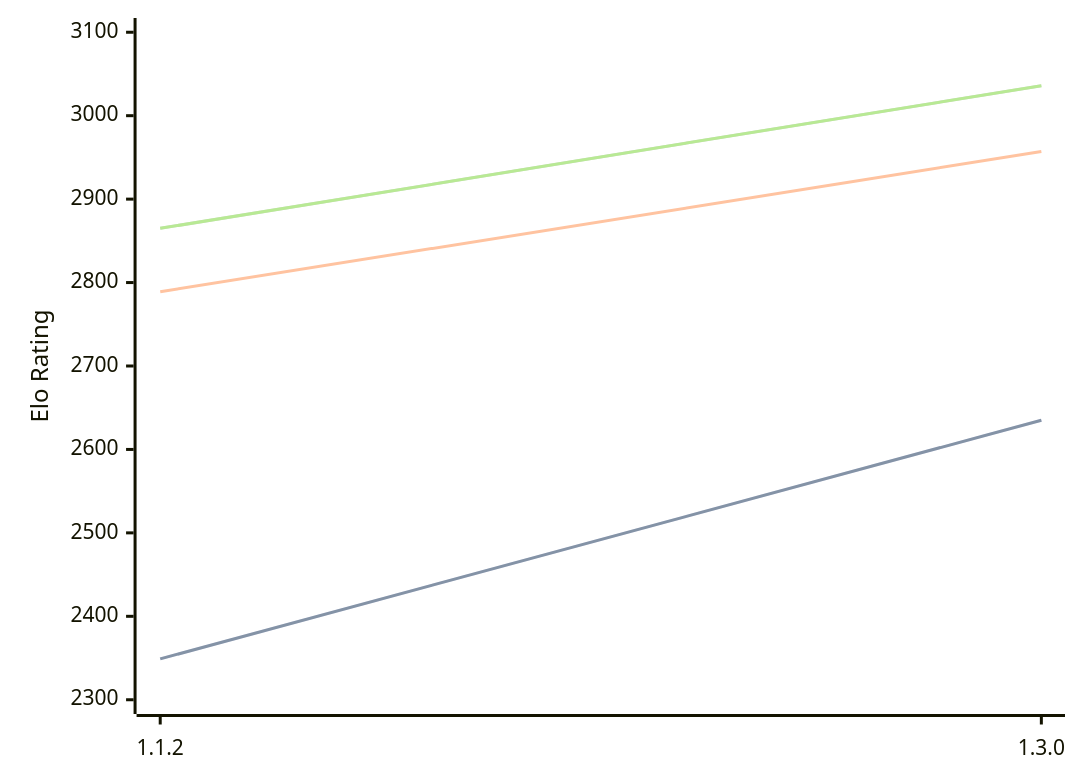
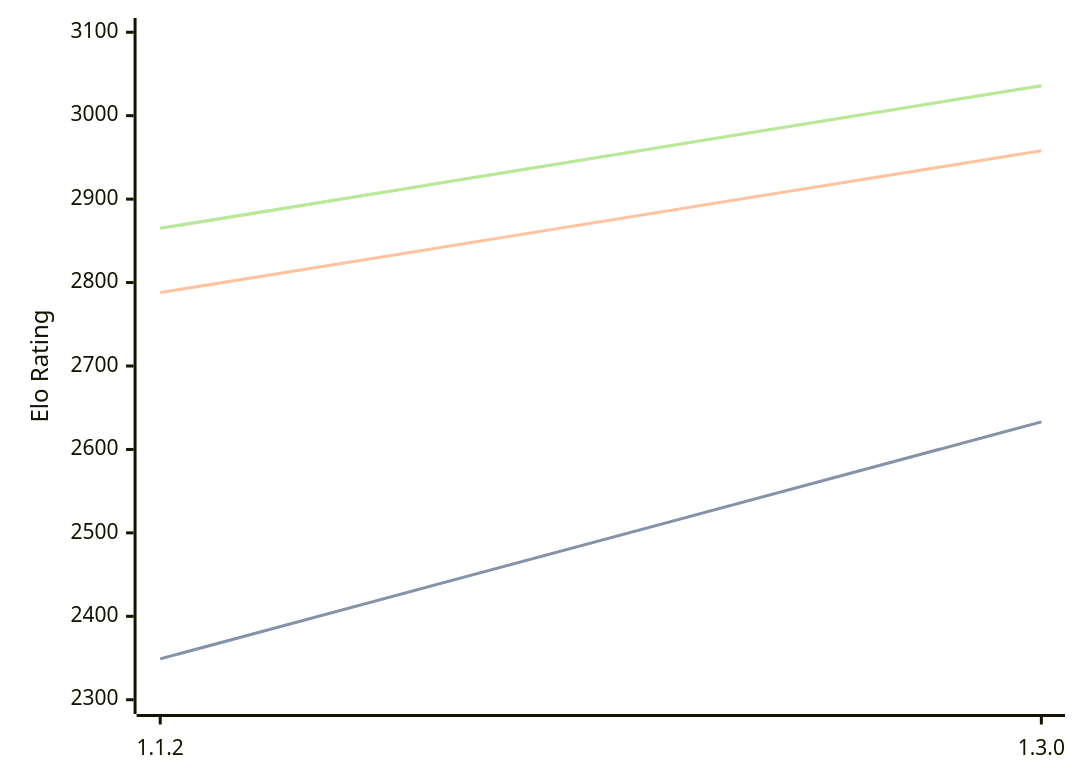
The diagram in engines/Ember.md (computer-chess-index/cci), drawn with Mermaid before and after one commit. The commit also changed other lines of this file, not shown here.

````diff
--- a/engines/Ember.md
+++ b/engines/Ember.md
@@ -41,11 +41,11 @@
 ```mermaid
 %%{init: {"theme":"base","themeVariables":{"seriesColors:['#a3a3a3','#222221','#faa371']}}}%%
 xychart-beta
   x-axis ["1.1.2", "1.3.0"]
   y-axis "Elo Rating" 2300 --> 3100
-  line "" [2349, 2635]
-  line "STC (8.0+0.08s)" [2349, 2635]
-  line "LTC (60.0+0.60s)" [2789, 2957]
+  line "" [2349, 2633]
+  line "STC (8.0+0.08s)" [2349, 2633]
+  line "LTC (60.0+0.60s)" [2788, 2958]
   line "" [2865, 3036]
   line "VLTC (2m24s+1.12s)" [2865, 3036]
 ```
````
